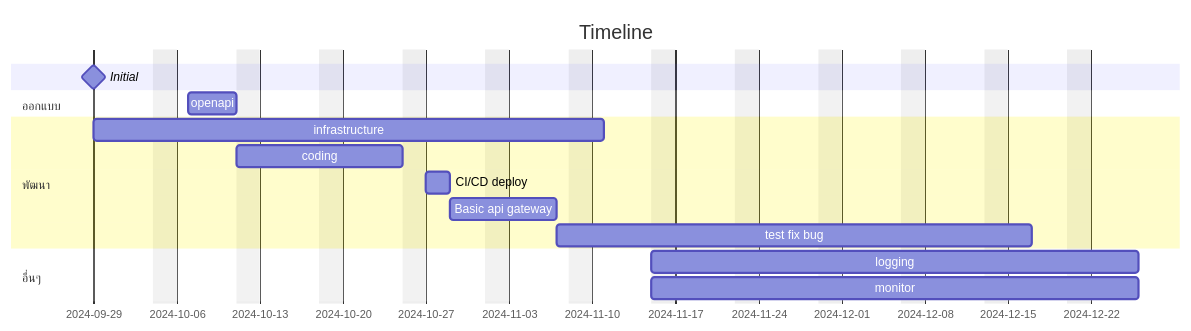
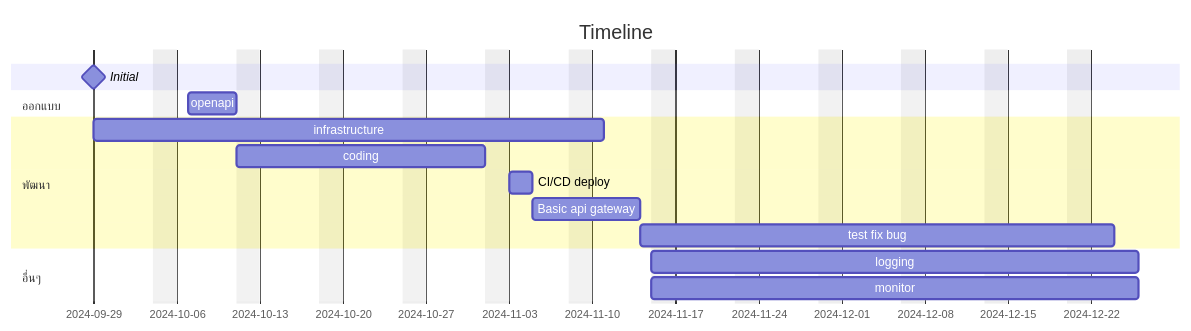
One commit to lionants02/public changed the fifth of 5 diagrams in ktb-amed/README.md. Above: the diagram before and after it, drawn with Mermaid.

Commit message:
ปรับ Timeline เหมือนจะมีงานอื่นซ้อน

````diff
--- a/ktb-amed/README.md
+++ b/ktb-amed/README.md
@@ -106,19 +106,19 @@
 ```mermaid
 gantt
     title Timeline
     dateFormat YYYY-MM-DD
     excludes weekends
     weekend friday
     Initial : milestone,m1 ,2024-09-29,0d
     section ออกแบบ
         openapi          :a1, 2024-10-07, 4d
     section พัฒนา
         infrastructure: 2024-09-29, 31d
-        coding :2024-10-11, 11d
+        coding :2024-10-11, 16d
         CI/CD deploy    :2d
         Basic api gateway    :7d
         test fix bug    :28d
     section อื่นๆ
         logging :2024-11-15, 30d
         monitor :2024-11-15, 30d
 ```
````
